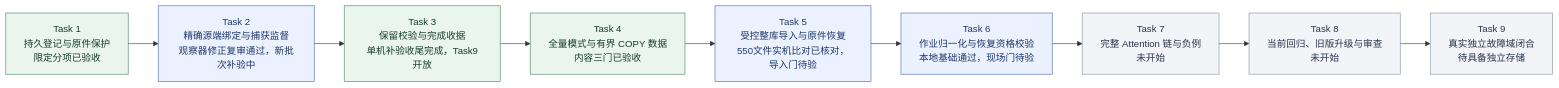
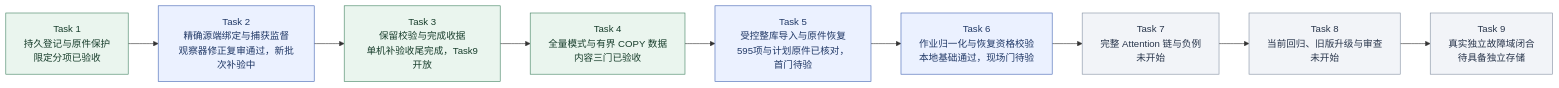
One commit to MansurnamedZhang/learning-system-p0c4 changed the second of 9 diagrams in docs/KnowWeave实施路线与系统架构.md. Above: the diagram before and after it, drawn with Mermaid. The commit also changed other lines of this file and 4 other files, not shown here.

````diff
--- a/docs/KnowWeave实施路线与系统架构.md
+++ b/docs/KnowWeave实施路线与系统架构.md
@@ -72,26 +72,26 @@
 ```mermaid
 flowchart LR
     C4T1["Task 1<br/>持久登记与原件保护<br/>限定分项已验收"]
     C4T2["Task 2<br/>精确源端绑定与捕获监督<br/>观察器修正复审通过，新批次补验中"]
     C4T3["Task 3<br/>保留校验与完成收据<br/>单机补验收尾完成，Task9开放"]
     C4T4["Task 4<br/>全量模式与有界 COPY 数据<br/>内容三门已验收"]
-    C4T5["Task 5<br/>受控整库导入与原件恢复<br/>550文件实机比对已核对，导入门待验"]
+    C4T5["Task 5<br/>受控整库导入与原件恢复<br/>595项与计划原件已核对，首门待验"]
     C4T6["Task 6<br/>作业归一化与恢复资格校验<br/>本地基础通过，现场门待验"]
     C4T7["Task 7<br/>完整 Attention 链与负例<br/>未开始"]
     C4T8["Task 8<br/>当前回归、旧版升级与审查<br/>未开始"]
     C4T9["Task 9<br/>真实独立故障域闭合<br/>待具备独立存储"]
     C4T1 --> C4T2
     C4T2 --> C4T3
     C4T3 --> C4T4
     C4T4 --> C4T5
     C4T5 --> C4T6
     C4T6 --> C4T7
     C4T7 --> C4T8
     C4T8 --> C4T9
     class C4T1,C4T3,C4T4 done
     class C4T2,C4T5,C4T6 next
     class C4T7,C4T8,C4T9 planned
     classDef done fill:#eaf5ee,stroke:#438363,color:#173d2b
     classDef next fill:#ebf1ff,stroke:#4365b4,color:#203866
     classDef planned fill:#f2f4f8,stroke:#8591a3,color:#28354b
 ```
````
